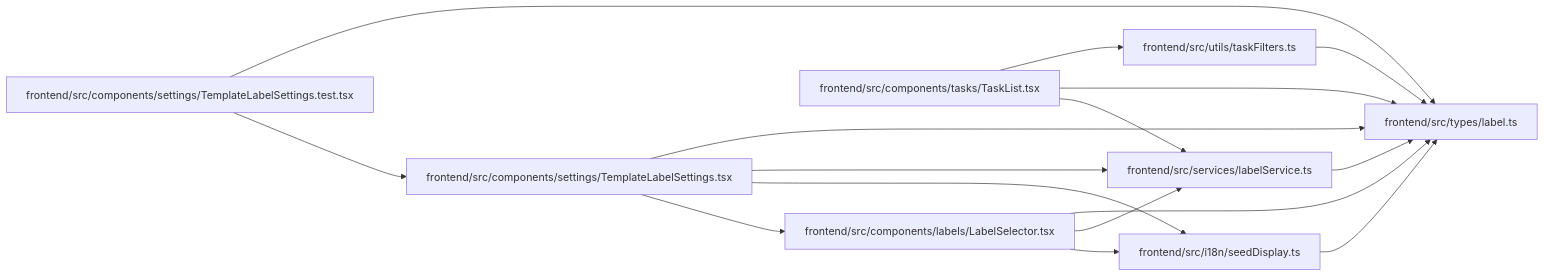
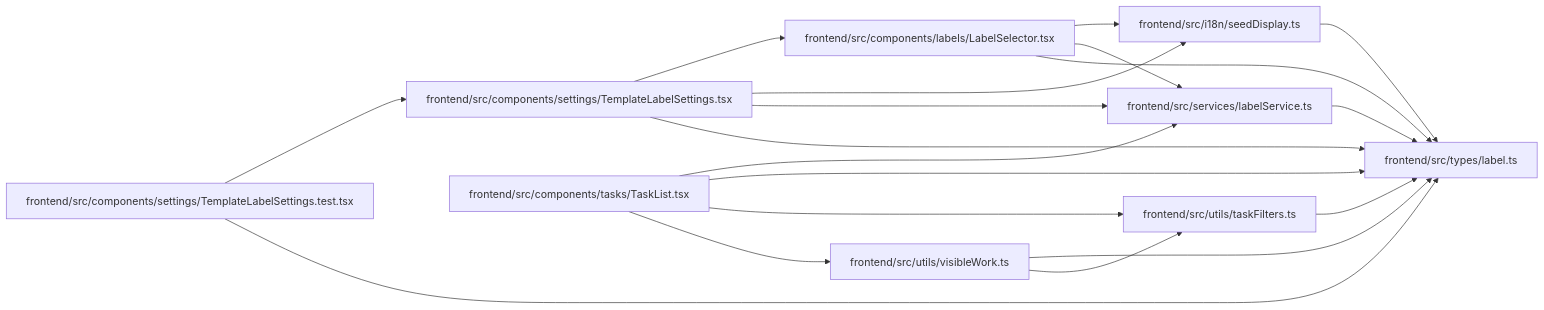
The diagram in docs/llm_wiki/modules/types_label.md (Denissvgn/WorkChord), drawn with Mermaid before and after one commit. The commit also changed other lines of this file and 958 other files, not shown here.

First line of the commit message:
docs(wiki): refresh identity and recovery architecture

````diff
--- a/docs/llm_wiki/modules/types_label.md
+++ b/docs/llm_wiki/modules/types_label.md
@@ -18,34 +18,39 @@
 ```mermaid
 flowchart LR
     n0["frontend/src/components/labels/LabelSelector.tsx"]
     n1["frontend/src/components/settings/TemplateLabelSettings.test.tsx"]
     n2["frontend/src/components/settings/TemplateLabelSettings.tsx"]
     n3["frontend/src/components/tasks/TaskList.tsx"]
     n4["frontend/src/i18n/seedDisplay.ts"]
     n5["frontend/src/services/labelService.ts"]
     n6["frontend/src/types/label.ts"]
     n7["frontend/src/utils/taskFilters.ts"]
+    n8["frontend/src/utils/visibleWork.ts"]
     n0 --> n4
     n0 --> n5
     n0 --> n6
     n1 --> n2
     n1 --> n6
     n2 --> n0
     n2 --> n4
     n2 --> n5
     n2 --> n6
     n3 --> n5
     n3 --> n6
     n3 --> n7
+    n3 --> n8
     n4 --> n6
     n5 --> n6
     n7 --> n6
+    n8 --> n6
+    n8 --> n7
     click n0 "../modules/LabelSelector.md"
     click n1 "../modules/TemplateLabelSettings.test.md"
     click n2 "../modules/TemplateLabelSettings.md"
     click n3 "../modules/TaskList.md"
     click n4 "../modules/seedDisplay.md"
     click n5 "../modules/labelService.md"
     click n6 "../modules/types_label.md"
     click n7 "../modules/taskFilters.md"
+    click n8 "../modules/visibleWork.md"
 ```
````
